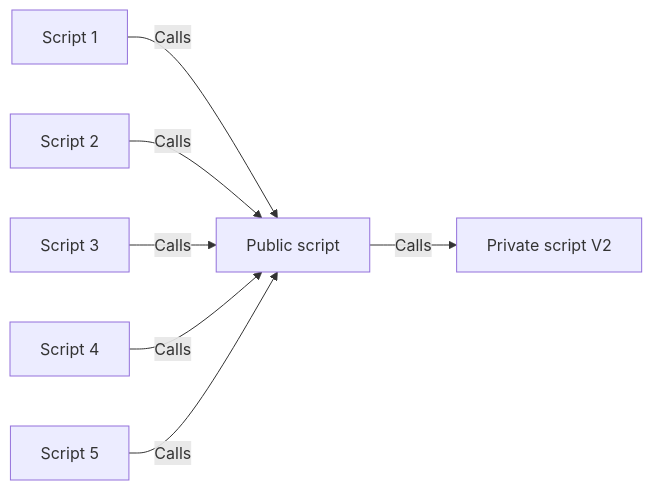
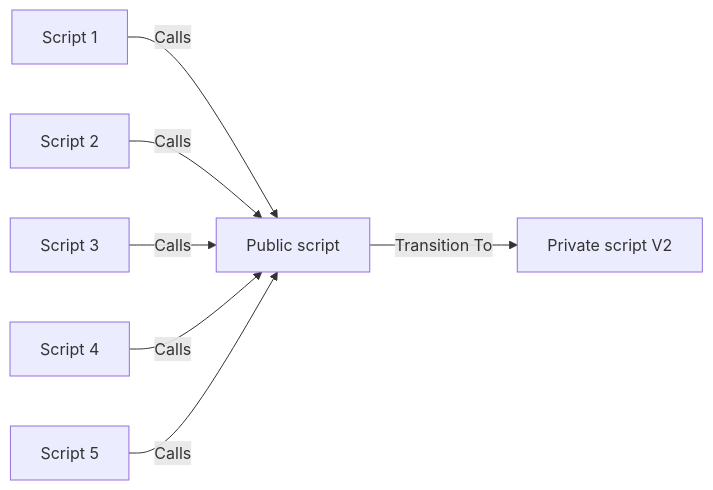
One commit to CloudChi/FX-Framework changed the fourth of 4 diagrams in Versions_Updating.md. Above: the diagram before and after it, drawn with Mermaid.

````diff
--- a/Versions_Updating.md
+++ b/Versions_Updating.md
@@ -47,8 +47,8 @@
 ```mermaid
 graph LR
-  A[Script 1] -- Calls --> F[Public script] -- Calls --> G[Private script V2]
+  A[Script 1] -- Calls --> F[Public script] -- Transition To --> G[Private script V2]
     B[Script 2] -- Calls --> F
     C[Script 3] -- Calls --> F
     D[Script 4] -- Calls --> F
     E[Script 5] -- Calls --> F
 ```
````
